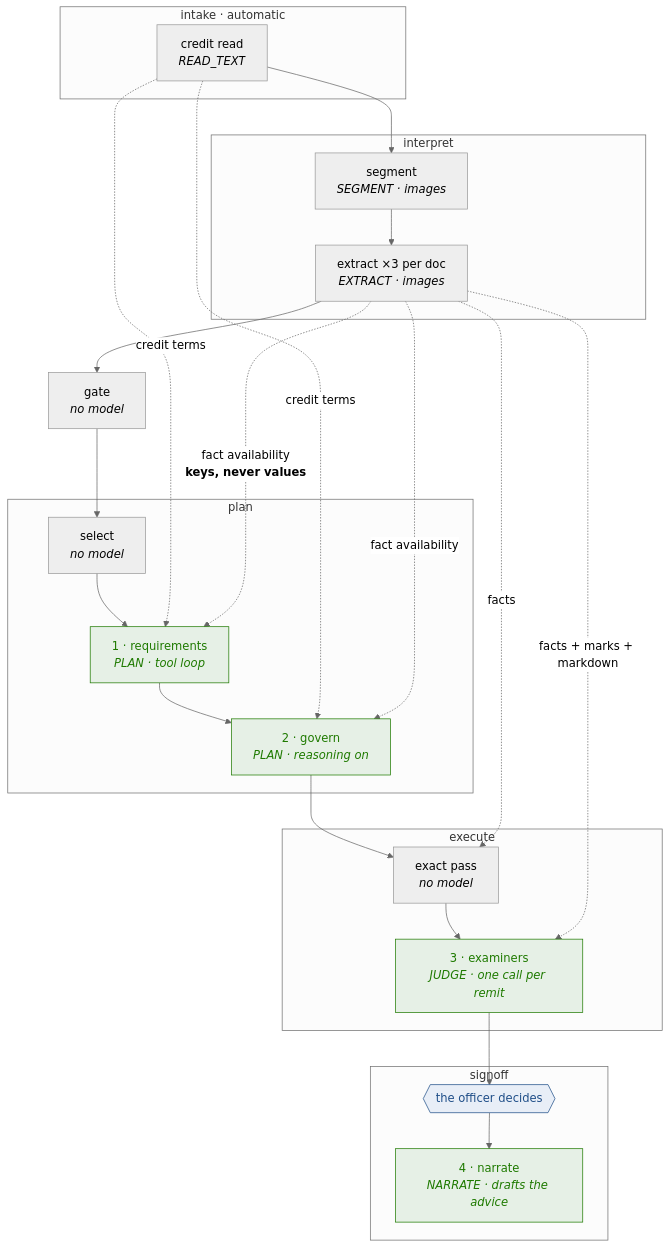
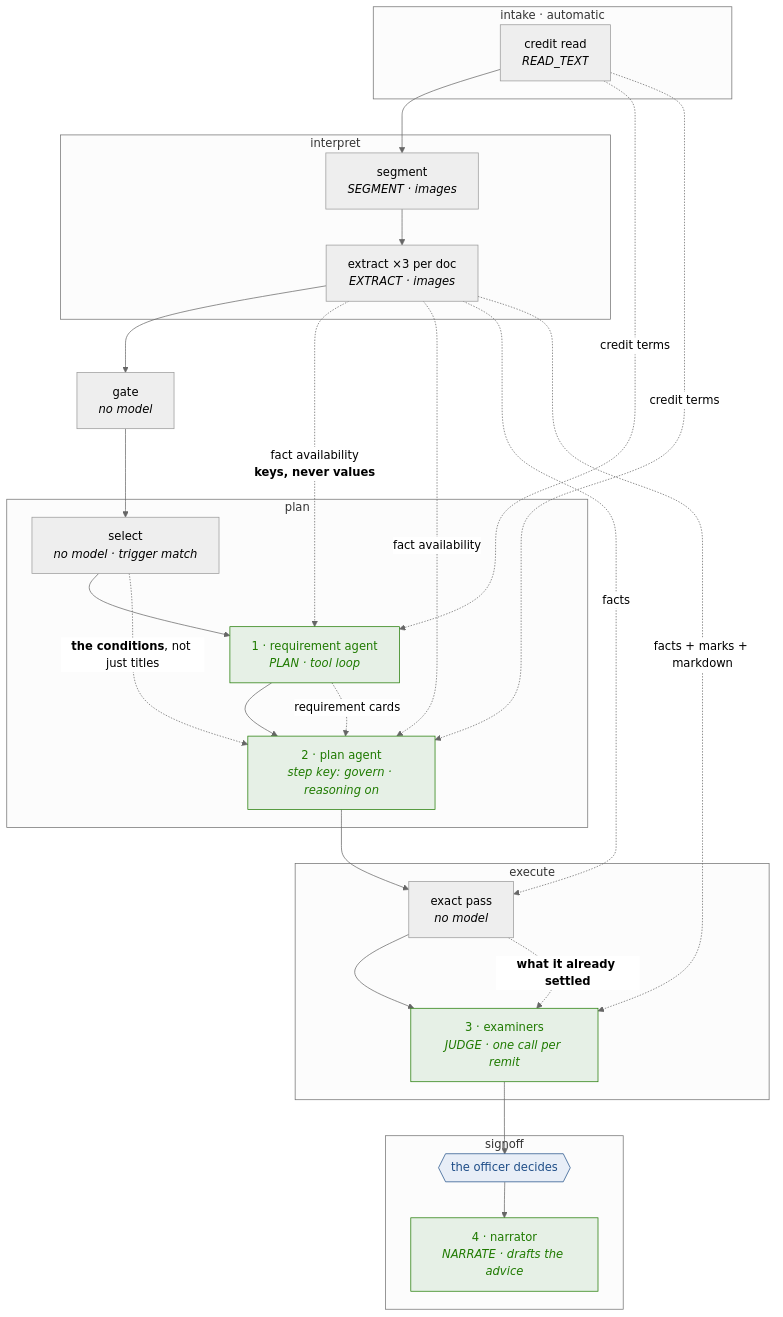
The second of 4 diagrams in docs/architecture/evidence-and-agents.md (smile-rr/lc-multidoc-checker), drawn with Mermaid (neutral theme) before and after one commit. The commit also changed other lines of this file and 1 other file, not shown here.

First line of the commit message:
docs(architecture): update evidence and agents documentation for clarity and detail

````diff
--- a/docs/architecture/evidence-and-agents.md
+++ b/docs/architecture/evidence-and-agents.md
@@ -199,48 +240,51 @@
 ```mermaid
 flowchart TD
   subgraph INTAKE["intake · automatic"]
     CR["credit read<br/><i>READ_TEXT</i>"]
   end
 
   subgraph INTERPRET["interpret"]
     SEG["segment<br/><i>SEGMENT · images</i>"] --> EX["extract ×3 per doc<br/><i>EXTRACT · images</i>"]
   end
 
   GATE["gate<br/><i>no model</i>"]
 
   subgraph PLAN["plan"]
-    SEL["select<br/><i>no model</i>"]
-    REQ["1 · requirements<br/><i>PLAN · tool loop</i>"]
-    GOV["2 · govern<br/><i>PLAN · reasoning on</i>"]
+    SEL["select<br/><i>no model · trigger match</i>"]
+    REQ["1 · requirement agent<br/><i>PLAN · tool loop</i>"]
+    GOV["2 · plan agent<br/><i>step key: govern · reasoning on</i>"]
     SEL --> REQ --> GOV
   end
 
   subgraph EXEC["execute"]
     XA["exact pass<br/><i>no model</i>"]
     XJ["3 · examiners<br/><i>JUDGE · one call per remit</i>"]
     XA --> XJ
   end
 
   subgraph SIGN["signoff"]
     OFF{{"the officer decides"}}
-    NAR["4 · narrate<br/><i>NARRATE · drafts the advice</i>"]
+    NAR["4 · narrator<br/><i>NARRATE · drafts the advice</i>"]
     OFF --> NAR
   end
 
   CR --> SEG
   EX --> GATE --> SEL
   GOV --> XA
   XJ --> OFF
 
   CR -. "credit terms" .-> REQ
   CR -. "credit terms" .-> GOV
   EX -. "fact availability<br/><b>keys, never values</b>" .-> REQ
   EX -. "fact availability" .-> GOV
+  SEL -. "<b>the conditions</b>, not just titles" .-> GOV
+  REQ -. "requirement cards" .-> GOV
   EX -. "facts" .-> XA
   EX -. "facts + marks + markdown" .-> XJ
+  XA -. "<b>what it already settled</b>" .-> XJ
 
   classDef add fill:#E6F0E6,stroke:#1F7A00,color:#1F7A00
   classDef human fill:#E8EEF7,stroke:#1F4E88,color:#1F4E88
   class REQ,GOV,XJ,NAR add
   class OFF human
 ```
````
